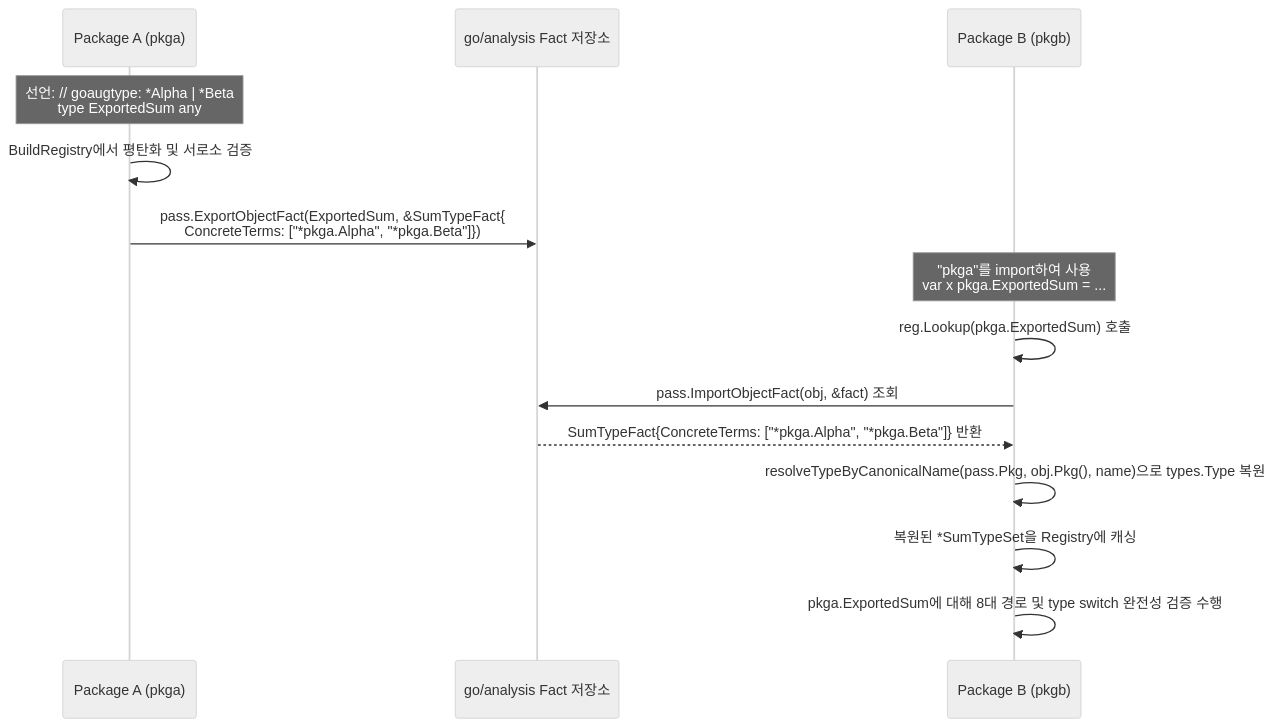
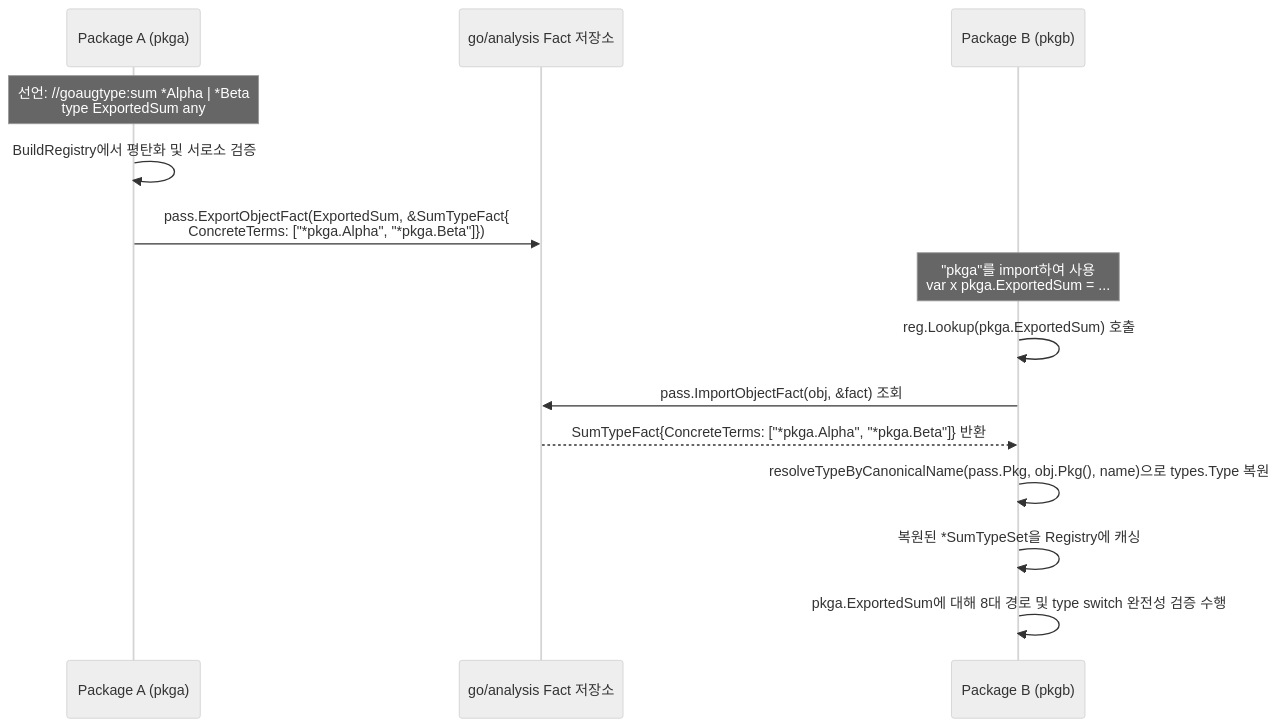
One commit to routis819/goaugtype changed the sixth of 7 diagrams in docs/ARCHITECTURE.ko.md. Above: the diagram before and after it, drawn with Mermaid (neutral theme). The commit also changed other lines of this file and 19 other files, not shown here.

Commit message:
feat!: unify CLI binary to cmd/goaugtype and adopt //goaugtype:sum directive (#17)

````diff
--- a/docs/ARCHITECTURE.ko.md
+++ b/docs/ARCHITECTURE.ko.md
@@ -251,18 +251,18 @@
 ```mermaid
 sequenceDiagram
     participant PkgA as Package A (pkga)
     participant Framework as go/analysis Fact 저장소
     participant PkgB as Package B (pkgb)
 
-    Note over PkgA: 선언: // goaugtype: *Alpha | *Beta<br/>type ExportedSum any
+    Note over PkgA: 선언: //goaugtype:sum *Alpha | *Beta<br/>type ExportedSum any
     PkgA->>PkgA: BuildRegistry에서 평탄화 및 서로소 검증
     PkgA->>Framework: pass.ExportObjectFact(ExportedSum, &SumTypeFact{<br/>ConcreteTerms: ["*pkga.Alpha", "*pkga.Beta"]})
 
     Note over PkgB: "pkga"를 import하여 사용<br/>var x pkga.ExportedSum = ...
     PkgB->>PkgB: reg.Lookup(pkga.ExportedSum) 호출
     PkgB->>Framework: pass.ImportObjectFact(obj, &fact) 조회
     Framework-->>PkgB: SumTypeFact{ConcreteTerms: ["*pkga.Alpha", "*pkga.Beta"]} 반환
     PkgB->>PkgB: resolveTypeByCanonicalName(pass.Pkg, obj.Pkg(), name)으로 types.Type 복원
     PkgB->>PkgB: 복원된 *SumTypeSet을 Registry에 캐싱
     PkgB->>PkgB: pkga.ExportedSum에 대해 8대 경로 및 type switch 완전성 검증 수행
 ```
````
